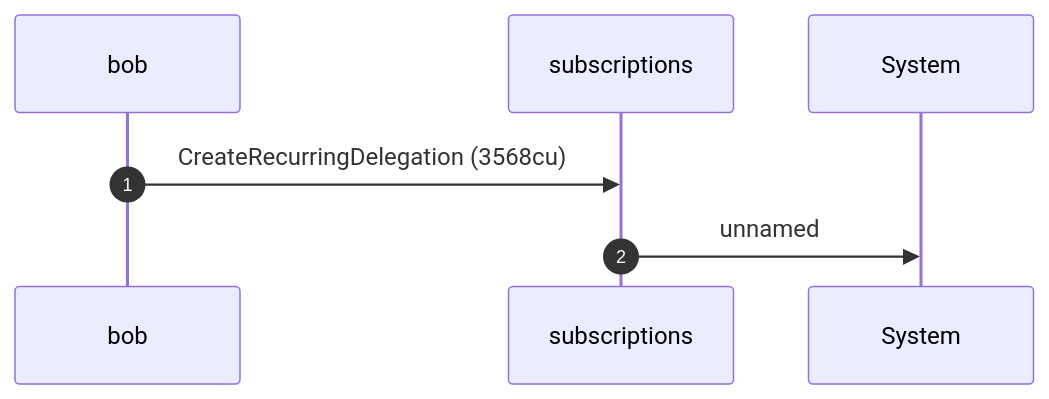
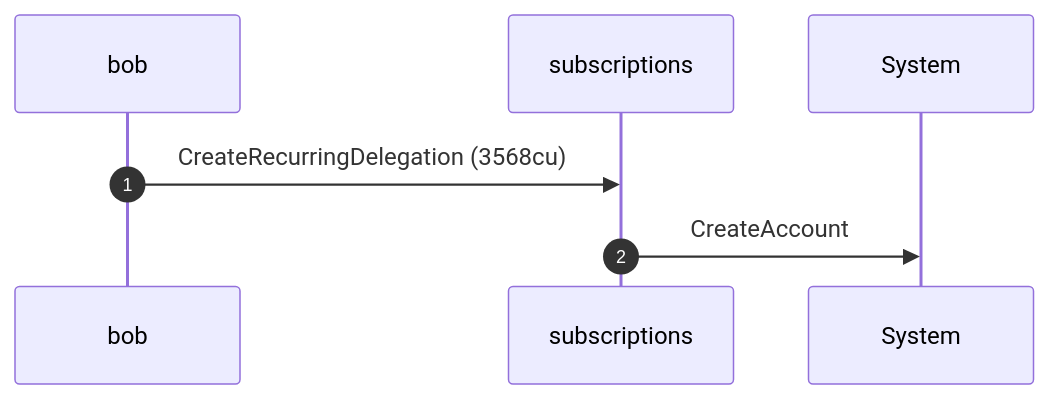
Diagram 13 of 16 in dsl_tests/recurring-transfer-delegator-mismatch-exploit-is-blocked.md (cds-rs/subscriptions), drawn with Mermaid before and after one commit. The commit also changed other lines of this file and 219 other files, not shown here.

````diff
--- a/dsl_tests/recurring-transfer-delegator-mismatch-exploit-is-blocked.md
+++ b/dsl_tests/recurring-transfer-delegator-mismatch-exploit-is-blocked.md
@@ -260,9 +260,9 @@
 ```mermaid
 sequenceDiagram
     autonumber
     participant bob
     participant subscriptions
     participant System
     bob ->> subscriptions: CreateRecurringDelegation (3568cu)
-    subscriptions ->> System: unnamed
+    subscriptions ->> System: CreateAccount
 ```
````
